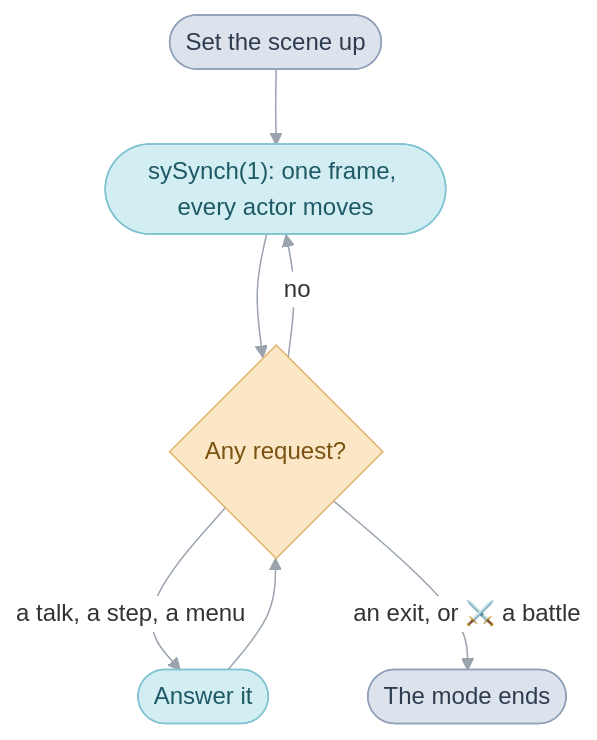
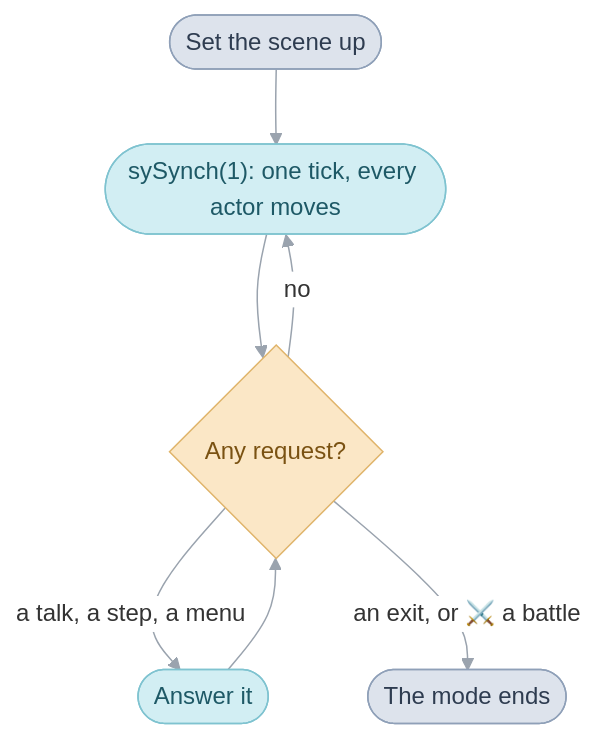
One commit to PascalPixel/alchemy changed the diagram in docs/tbs/field.md. Above: the diagram before and after it, drawn with Mermaid. The commit also changed other lines of this file and 2827 other files, not shown here.

First line of the commit message:
☀️⚓️ SGL names for tables and locals; a tick is a game step and a frame a screen drawing

````diff
--- a/docs/tbs/field.md
+++ b/docs/tbs/field.md
@@ -17,16 +17,16 @@
 ```mermaid
 %%{init: {"theme": "base", "themeVariables": {"lineColor": "#9AA3AE", "edgeLabelBackground": "#FFFFFF"}, "flowchart": {"curve": "basis", "padding": 12}}}%%
 flowchart TD
-  setup(["Set the scene up"]) --> walk(["sySynch(1): one frame, every actor moves"])
+  setup(["Set the scene up"]) --> walk(["sySynch(1): one tick, every actor moves"])
   walk --> requests{"Any request?"}
   requests -- "no" --> walk
   requests -- "a talk, a step, a menu" --> answer(["Answer it"])
   answer --> requests
   requests -- "an exit, or ⚔️ a battle" --> leave(["The mode ends"])
   classDef mainRoutine fill:#DDE3EC,stroke:#8FA0B8,color:#2E3C50
   classDef mode fill:#D2EEF3,stroke:#7FC3D0,color:#1E5966
   classDef request fill:#FBE7C6,stroke:#E0B46A,color:#7A5212
   class setup,leave mainRoutine
   class walk,answer mode
   class requests request
 ```
````
